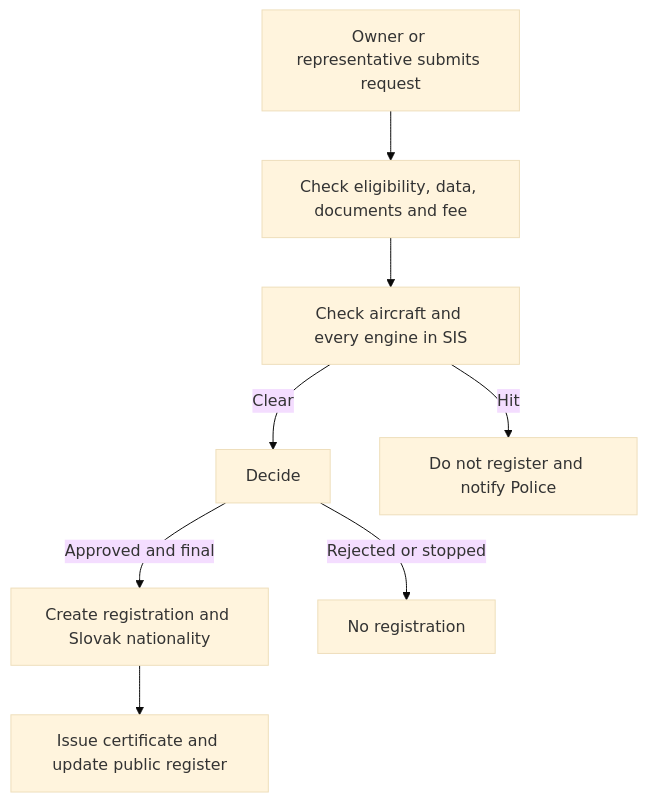
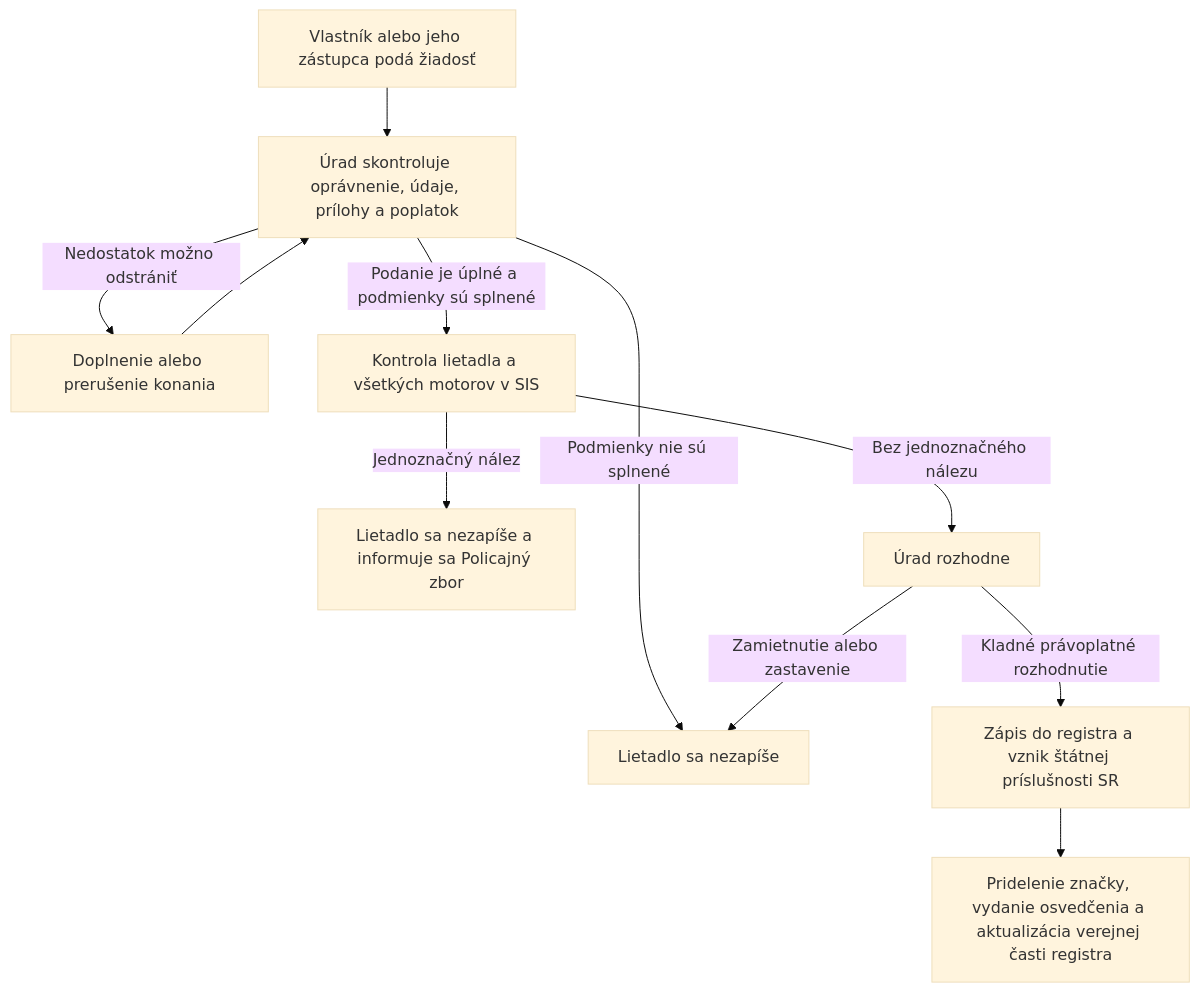
One commit to fixerivan/mudu-process-definition-standard changed the diagram in examples/MUDU-061/graph.md. Above: the diagram before and after it, drawn with Mermaid (base theme). The commit also changed other lines of this file and 10 other files, not shown here.

````diff
--- a/examples/MUDU-061/graph.md
+++ b/examples/MUDU-061/graph.md
@@ -5,10 +8,13 @@
 ```mermaid
 graph TD
-    A["Owner or representative submits request"] --> B["Check eligibility, data, documents and fee"]
-    B --> C["Check aircraft and every engine in SIS"]
-    C -->|Clear| D["Decide"]
-    C -->|Hit| X["Do not register and notify Police"]
-    D -->|Approved and final| E["Create registration and Slovak nationality"]
-    D -->|Rejected or stopped| Y["No registration"]
-    E --> F["Issue certificate and update public register"]
+    A["Vlastník alebo jeho zástupca podá žiadosť"] --> B["Úrad skontroluje oprávnenie, údaje, prílohy a poplatok"]
+    B -->|Nedostatok možno odstrániť| B1["Doplnenie alebo prerušenie konania"]
+    B1 --> B
+    B -->|Podmienky nie sú splnené| X["Lietadlo sa nezapíše"]
+    B -->|Podanie je úplné a podmienky sú splnené| C["Kontrola lietadla a všetkých motorov v SIS"]
+    C -->|Jednoznačný nález| Y["Lietadlo sa nezapíše a informuje sa Policajný zbor"]
+    C -->|Bez jednoznačného nálezu| D["Úrad rozhodne"]
+    D -->|Zamietnutie alebo zastavenie| X
+    D -->|Kladné právoplatné rozhodnutie| E["Zápis do registra a vznik štátnej príslušnosti SR"]
+    E --> F["Pridelenie značky, vydanie osvedčenia a aktualizácia verejnej časti registra"]
 ```
````
